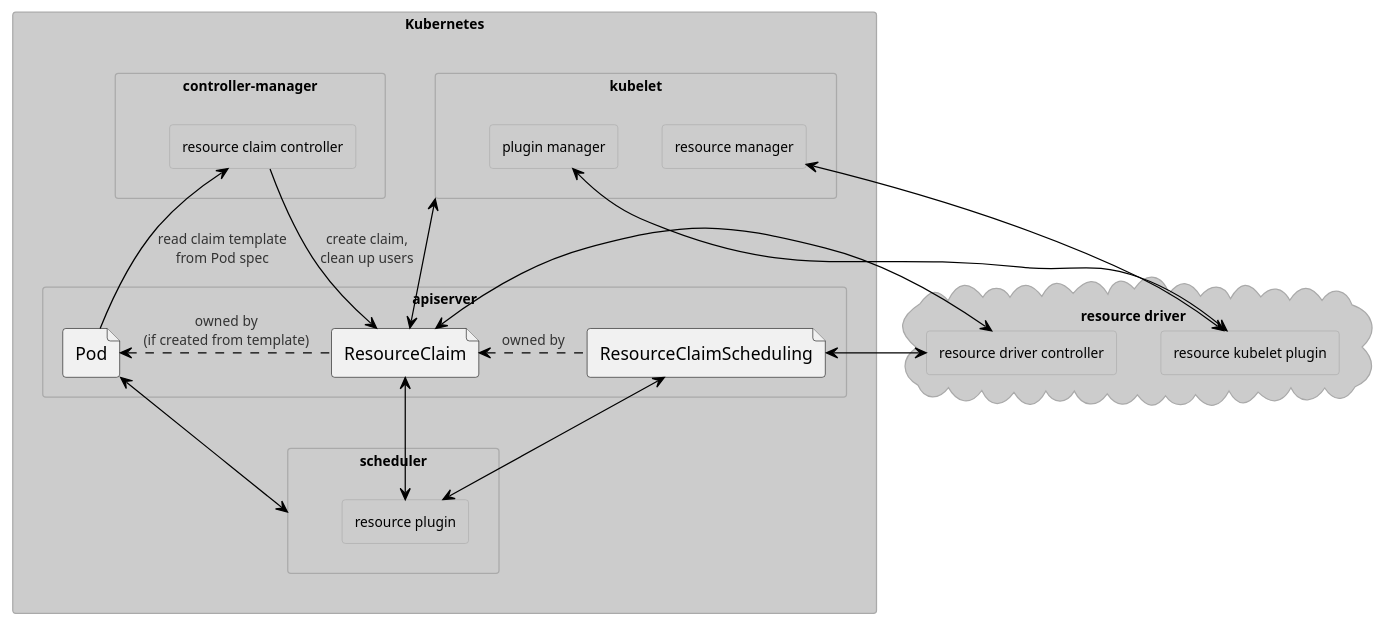
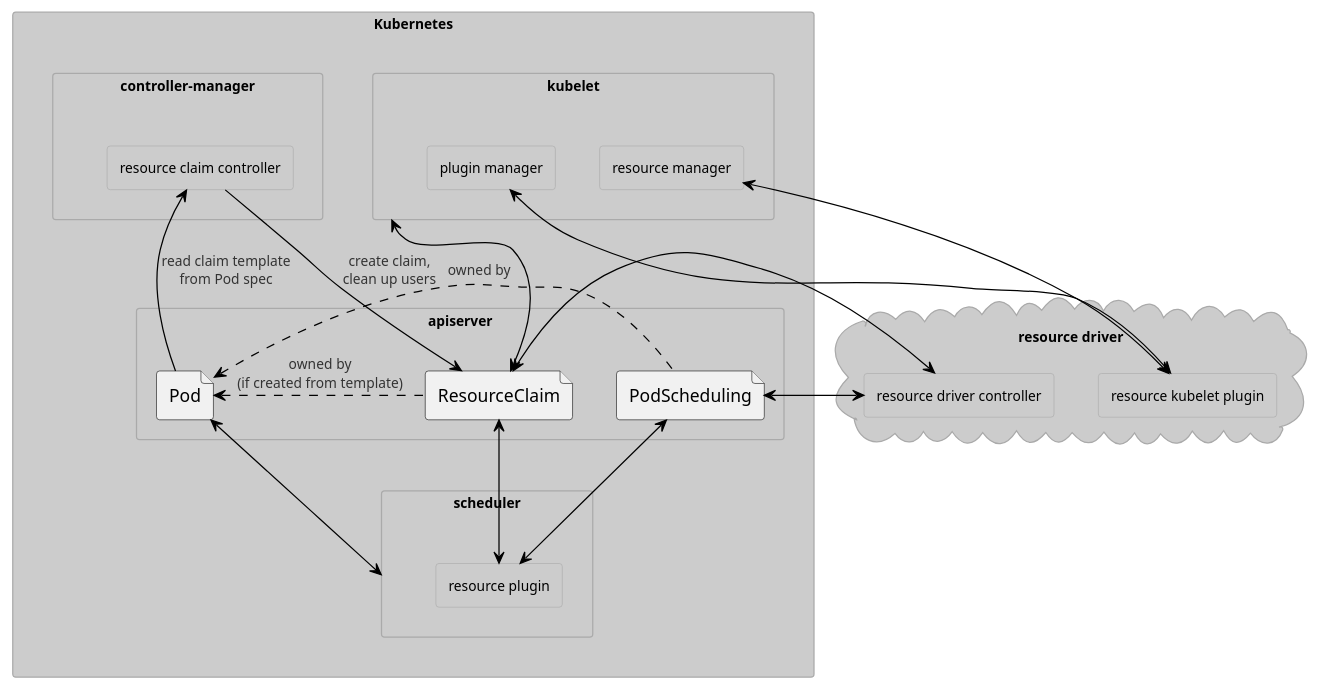
The diagram in keps/sig-node/3063-dynamic-resource-allocation/components.puml (pohly/enhancements), drawn with PlantUML before and after one commit. The commit also changed 2 other files, not shown here.

Commit message:
dynamic resource allocation: introduce PodScheduling object
This replaces the individual ResourceClaimScheduling objects.  The advantage is
that the PotentialNodes list only needs to be set once. The scheduler logic is
still the same (try allocation immediately, retry based on new information
later).

The new object also has the advantage that it provides a patch towards more
cooperative scheduling with different drivers reacting to the information
published by others, should that become necessary or desirable.

```diff
--- a/keps/sig-node/3063-dynamic-resource-allocation/components.puml
+++ b/keps/sig-node/3063-dynamic-resource-allocation/components.puml
@@ -1,47 +1,47 @@
 @startuml
 !theme reddress-lightblue
 skinparam componentStyle rectangle
 
 cloud "resource driver" {
   component "resource driver controller" as drivercontroller
   component "resource kubelet plugin" as driverplugin
 }
 
 component Kubernetes {
   component apiserver {
       file Pod
       file ResourceClaim
-      file ResourceClaimScheduling
+      file PodScheduling
   }
   component scheduler {
     component "resource plugin" as k8sresourceplugin
   }
   component "controller-manager" as controllermanager {
     component "resource claim controller" as k8sresourceclaimcontroller
   }
   component kubelet {
     component "plugin manager" as pluginmanager
     component "resource manager" as resourcemanager
   }
 }
 
 controllermanager -[hidden]> kubelet
 drivercontroller -[hidden]> driverplugin
 
 Pod <. ResourceClaim: owned by\n(if created from template)
-ResourceClaim <. ResourceClaimScheduling: owned by
+Pod <. PodScheduling: owned by
 
 
 Pod -u-> k8sresourceclaimcontroller: read claim template\nfrom Pod spec
 ResourceClaim <-u- k8sresourceclaimcontroller: create claim,\nclean up users
 ResourceClaim <-u-> kubelet
-k8sresourceplugin <-u-> ResourceClaimScheduling
+k8sresourceplugin <-u-> PodScheduling
 
 Pod <--> scheduler
 ResourceClaim <--> k8sresourceplugin
 
 ResourceClaim <-> drivercontroller
 pluginmanager <-> driverplugin
 resourcemanager <-> driverplugin
-ResourceClaimScheduling <-> drivercontroller
+PodScheduling <-> drivercontroller
 @enduml
```
